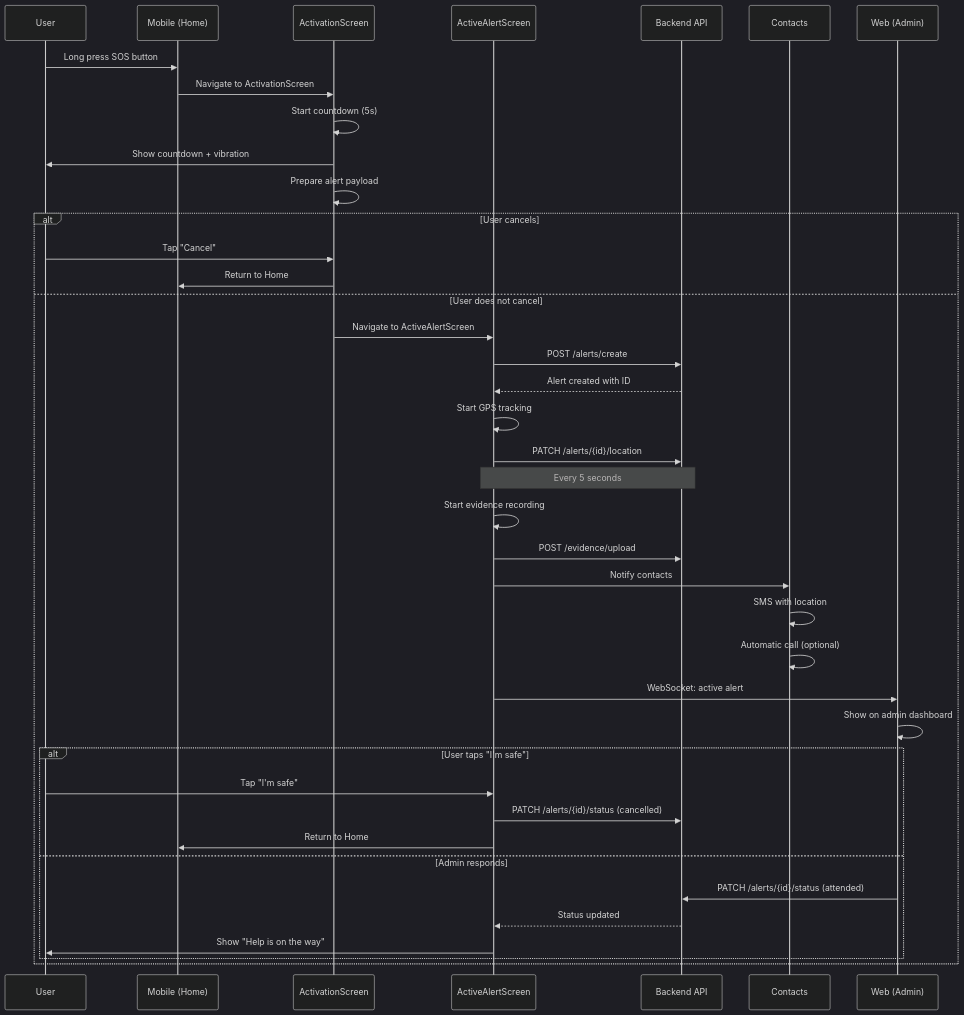
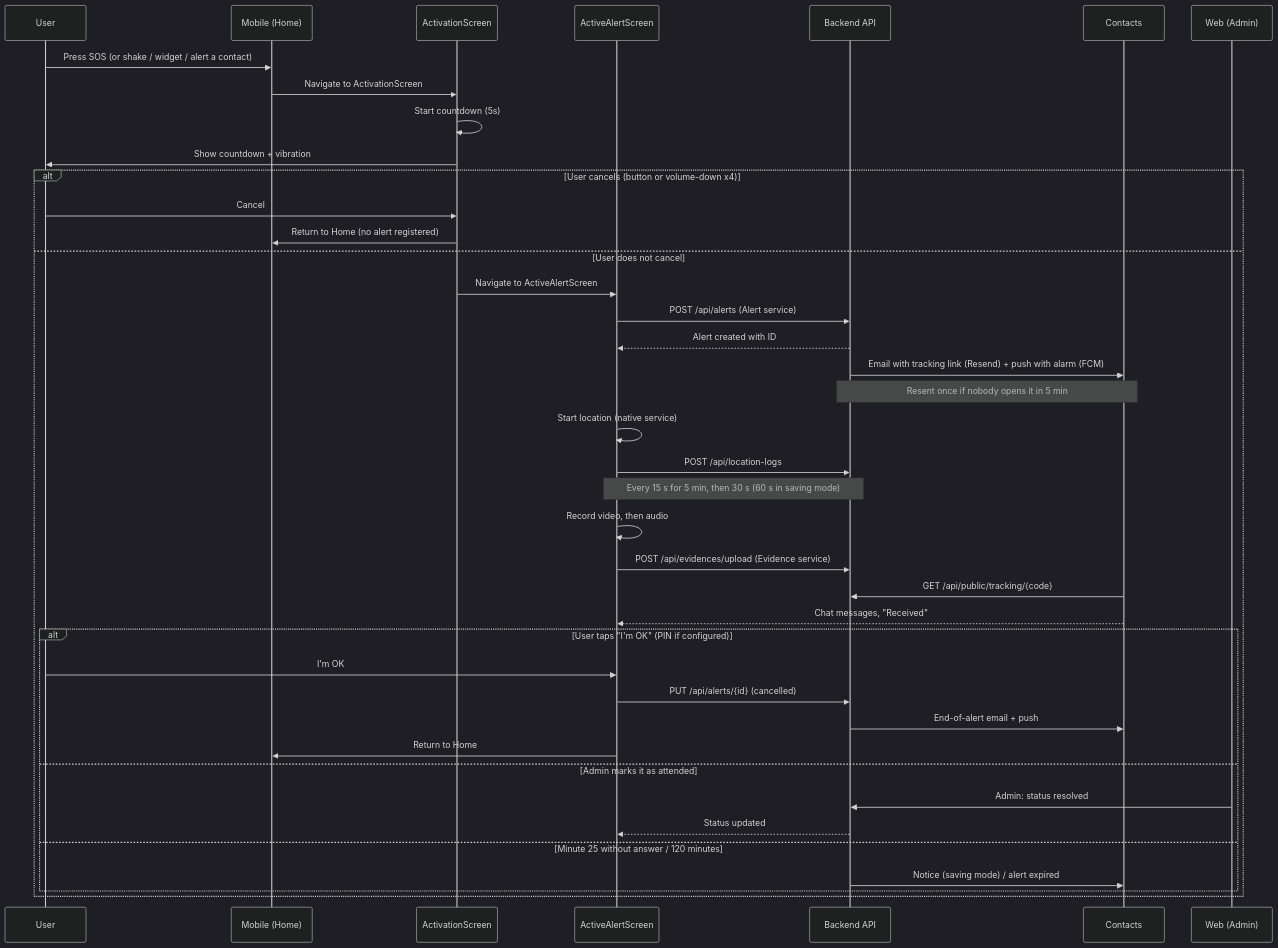
Before and after one commit to code-sena/wal-docs: the first of 3 diagrams in 12-ux-ui/navigation-map.md, drawn with Mermaid (dark theme). The commit also changed other lines of this file and 56 other files, not shown here.

````diff
--- a/12-ux-ui/navigation-map.md
+++ b/12-ux-ui/navigation-map.md
@@ -186,49 +199,49 @@
 ```mermaid
 sequenceDiagram
     participant U as User
     participant M as Mobile (Home)
     participant A as ActivationScreen
     participant AA as ActiveAlertScreen
     participant API as Backend API
     participant C as Contacts
     participant W as Web (Admin)
 
-    U->>M: Long press SOS button
+    U->>M: Press SOS (or shake / widget / alert a contact)
     M->>A: Navigate to ActivationScreen
     A->>A: Start countdown (5s)
     A->>U: Show countdown + vibration
-    A->>A: Prepare alert payload
 
-    alt User cancels
-        U->>A: Tap "Cancel"
-        A->>M: Return to Home
+    alt User cancels (button or volume-down x4)
+        U->>A: Cancel
+        A->>M: Return to Home (no alert registered)
     else User does not cancel
         A->>AA: Navigate to ActiveAlertScreen
-        AA->>API: POST /alerts/create
+        AA->>API: POST /api/alerts (Alert service)
         API-->>AA: Alert created with ID
 
-        AA->>AA: Start GPS tracking
-        AA->>API: PATCH /alerts/{id}/location
-        Note over AA,API: Every 5 seconds
+        API->>C: Email with tracking link (Resend) + push with alarm (FCM)
+        Note over API,C: Resent once if nobody opens it in 5 min
 
-        AA->>AA: Start evidence recording
-        AA->>API: POST /evidence/upload
+        AA->>AA: Start location (native service)
+        AA->>API: POST /api/location-logs
+        Note over AA,API: Every 15 s for 5 min, then 30 s (60 s in saving mode)
 
-        AA->>C: Notify contacts
-        C->>C: SMS with location
-        C->>C: Automatic call (optional)
+        AA->>AA: Record video, then audio
+        AA->>API: POST /api/evidences/upload (Evidence service)
 
-        AA->>W: WebSocket: active alert
-        W->>W: Show on admin dashboard
+        C->>API: GET /api/public/tracking/{code}
+        C-->>AA: Chat messages, "Received"
 
-        alt User taps "I'm safe"
-            U->>AA: Tap "I'm safe"
-            AA->>API: PATCH /alerts/{id}/status (cancelled)
+        alt User taps "I'm OK" (PIN if configured)
+            U->>AA: I'm OK
+            AA->>API: PUT /api/alerts/{id} (cancelled)
+            API->>C: End-of-alert email + push
             AA->>M: Return to Home
-        else Admin responds
-            W->>API: PATCH /alerts/{id}/status (attended)
+        else Admin marks it as attended
+            W->>API: Admin: status resolved
             API-->>AA: Status updated
-            AA->>U: Show "Help is on the way"
+        else Minute 25 without answer / 120 minutes
+            API->>C: Notice (saving mode) / alert expired
         end
     end
 ```
````
